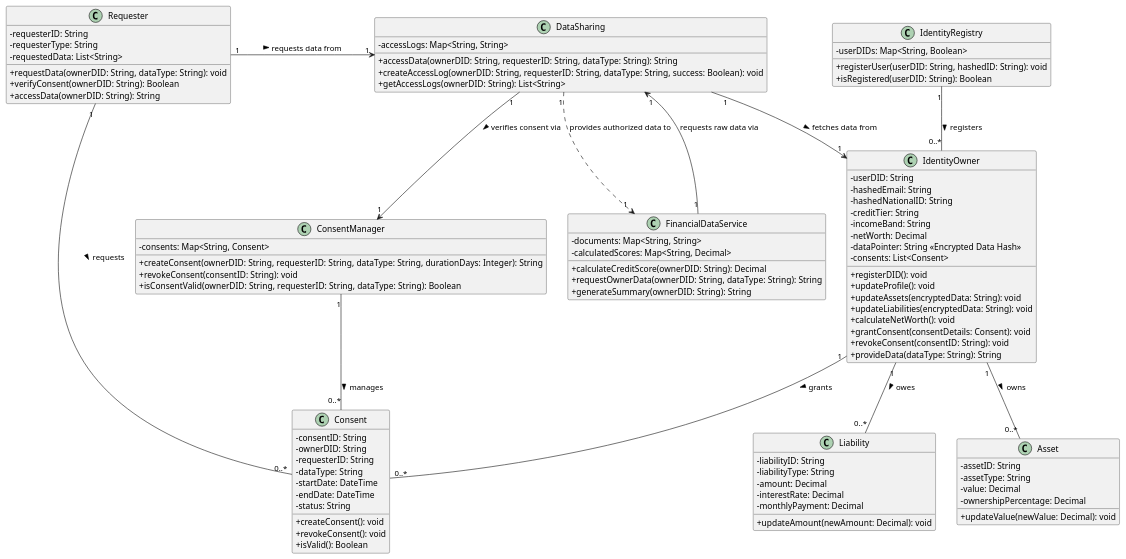
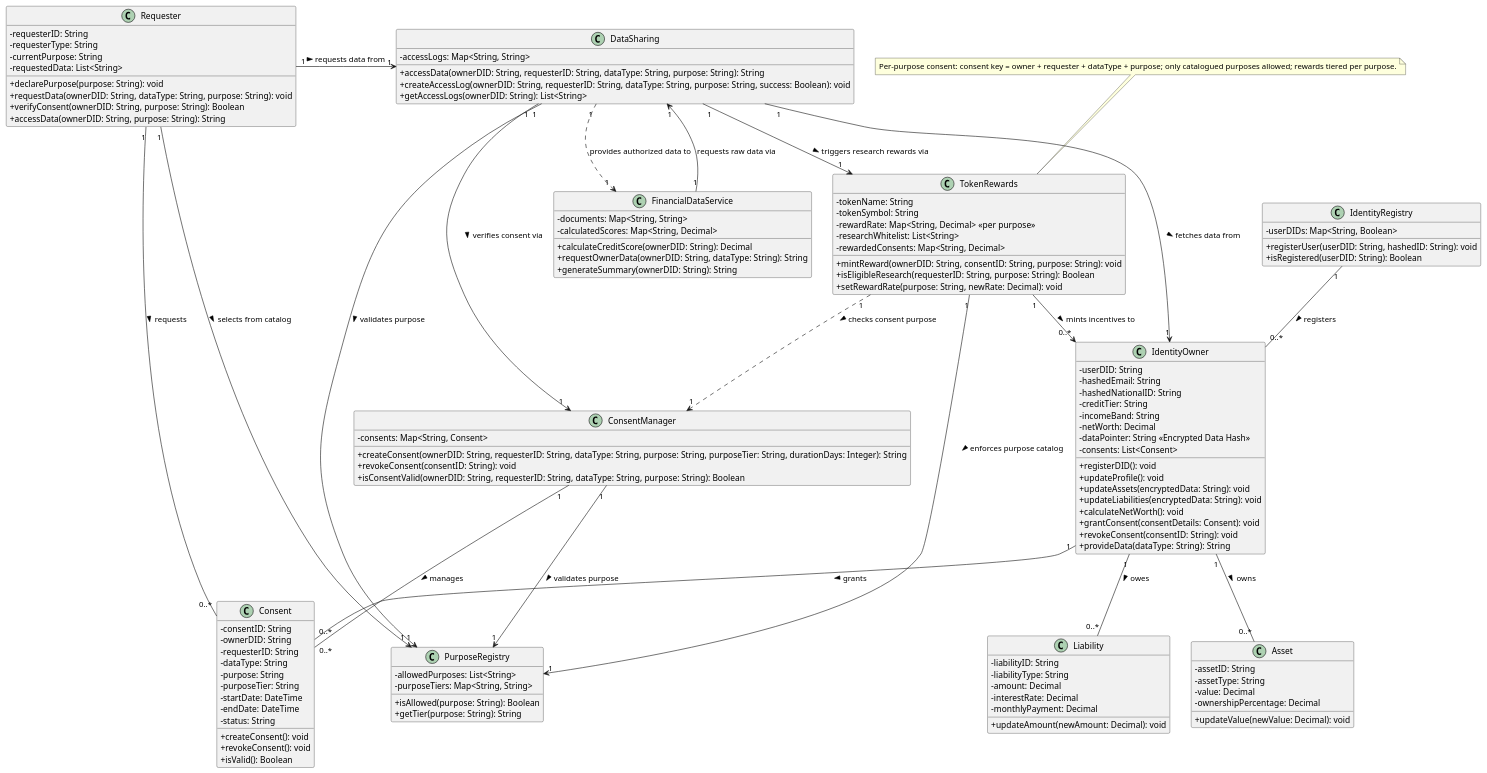
One commit to SorinBetisor/identity-blockchain changed the diagram in system_design/concept2.puml. Above: the diagram before and after it, drawn with PlantUML.

Commit message:
feat: enhance consent management with purpose and tier attributes

```diff
--- a/system_design/concept2.puml
+++ b/system_design/concept2.puml
@@ -1,119 +1,152 @@
 @startuml
 
 ' Configuration for better readability
 skinparam classAttributeIconSize 0
 
 ' --- Identity and Ownership (Data Custodianship) ---
 class IdentityOwner {
   - userDID: String 
   - hashedEmail: String
   - hashedNationalID: String
   - creditTier: String
   - incomeBand: String
   - netWorth: Decimal
   - dataPointer: String <<Encrypted Data Hash>>
   - consents: List<Consent>
   + registerDID(): void
   + updateProfile(): void
   + updateAssets(encryptedData: String): void 
   + updateLiabilities(encryptedData: String): void 
   + calculateNetWorth(): void 
   + grantConsent(consentDetails: Consent): void
   + revokeConsent(consentID: String): void
   + provideData(dataType: String): String 
 }
 
 class Asset {
   - assetID: String
   - assetType: String
   - value: Decimal
   - ownershipPercentage: Decimal
   + updateValue(newValue: Decimal): void
 }
 
 class Liability {
   - liabilityID: String
   - liabilityType: String
   - amount: Decimal
   - interestRate: Decimal
   - monthlyPayment: Decimal
   + updateAmount(newAmount: Decimal): void
 }
 
 class Consent {
   - consentID: String
   - ownerDID: String
   - requesterID: String
   - dataType: String
+  - purpose: String
+  - purposeTier: String
   - startDate: DateTime
   - endDate: DateTime
   - status: String
   + createConsent(): void
   + revokeConsent(): void
   + isValid(): Boolean
 }
 
 ' --- System Components (On-Chain/Service Layer) ---
 
 class Requester {
   - requesterID: String
   - requesterType: String
+  - currentPurpose: String
   - requestedData: List<String>
-  + requestData(ownerDID: String, dataType: String): void
-  + verifyConsent(ownerDID: String): Boolean
-  + accessData(ownerDID: String): String
+  + declarePurpose(purpose: String): void
+  + requestData(ownerDID: String, dataType: String, purpose: String): void
+  + verifyConsent(ownerDID: String, purpose: String): Boolean
+  + accessData(ownerDID: String, purpose: String): String
 }
 
 class IdentityRegistry  {
   - userDIDs: Map<String, Boolean> 
   + registerUser(userDID: String, hashedID: String): void
   + isRegistered(userDID: String): Boolean
 }
 
 class ConsentManager  {
   - consents: Map<String, Consent> 
-  + createConsent(ownerDID: String, requesterID: String, dataType: String, durationDays: Integer): String
+  + createConsent(ownerDID: String, requesterID: String, dataType: String, purpose: String, purposeTier: String, durationDays: Integer): String
   + revokeConsent(consentID: String): void
-  + isConsentValid(ownerDID: String, requesterID: String, dataType: String): Boolean
+  + isConsentValid(ownerDID: String, requesterID: String, dataType: String, purpose: String): Boolean
 }
 
 class DataSharing  {
   - accessLogs: Map<String, String> 
-  + accessData(ownerDID: String, requesterID: String, dataType: String): String 
-  + createAccessLog(ownerDID: String, requesterID: String, dataType: String, success: Boolean): void
+  + accessData(ownerDID: String, requesterID: String, dataType: String, purpose: String): String 
+  + createAccessLog(ownerDID: String, requesterID: String, dataType: String, purpose: String, success: Boolean): void
   + getAccessLogs(ownerDID: String): List<String>
+}
+
+class TokenRewards {
+  - tokenName: String
+  - tokenSymbol: String
+  - rewardRate: Map<String, Decimal> <<per purpose>>
+  - researchWhitelist: List<String>
+  - rewardedConsents: Map<String, Decimal>
+  + mintReward(ownerDID: String, consentID: String, purpose: String): void
+  + isEligibleResearch(requesterID: String, purpose: String): Boolean
+  + setRewardRate(purpose: String, newRate: Decimal): void
+}
+
+class PurposeRegistry {
+  - allowedPurposes: List<String>
+  - purposeTiers: Map<String, String>
+  + isAllowed(purpose: String): Boolean
+  + getTier(purpose: String): String
 }
 
 class FinancialDataService  {
   - documents: Map<String, String> 
   - calculatedScores: Map<String, Decimal> 
   + calculateCreditScore(ownerDID: String): Decimal
   + requestOwnerData(ownerDID: String, dataType: String): String
   + generateSummary(ownerDID: String): String
 }
 
 ' --- Relationships ---
 
 ' Identity Owner owns the data
 IdentityOwner "1" -- "0..*" Asset : owns >
 IdentityOwner "1" -- "0..*" Liability : owes >
 IdentityOwner "1" -- "0..*" Consent : grants >
 
 ' Registry manages the Identity Owner's existence (DID)
 IdentityRegistry "1" -- "0..*" IdentityOwner : registers >
 
 ' Management of Consent
 Requester "1" -- "0..*" Consent : requests >
 ConsentManager "1" -- "0..*" Consent : manages >
 
 ' Data Flow and Access Control
 Requester "1" -> "1" DataSharing : requests data from >
 
 DataSharing "1" --> "1" ConsentManager : verifies consent via >
 DataSharing "1" --> "1" IdentityOwner : fetches data from >
 DataSharing "1" ..> "1" FinancialDataService : provides authorized data to
+DataSharing "1" --> "1" TokenRewards : triggers research rewards via >
+DataSharing "1" --> "1" PurposeRegistry : validates purpose >
+
+TokenRewards "1" ..> "1" ConsentManager : checks consent purpose >
+TokenRewards "1" --> "0..*" IdentityOwner : mints incentives to >
+TokenRewards "1" --> "1" PurposeRegistry : enforces purpose catalog >
+ConsentManager "1" --> "1" PurposeRegistry : validates purpose >
+Requester "1" --> "1" PurposeRegistry : selects from catalog >
 
 ' Financial Data Service calculates the final score
 FinancialDataService "1" --> "1" DataSharing : requests raw data via
 
+note "Per-purpose consent: consent key = owner + requester + dataType + purpose; only catalogued purposes allowed; rewards tiered per purpose." as N1
+N1 .. TokenRewards
+
 @enduml
```
